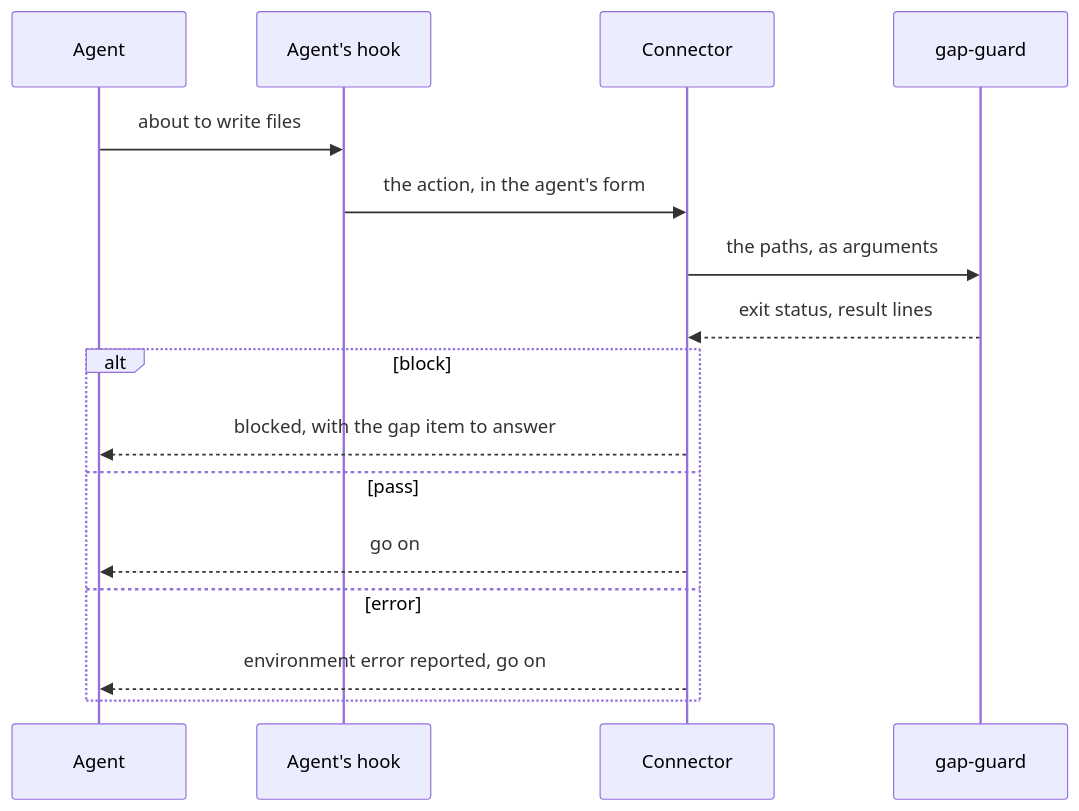
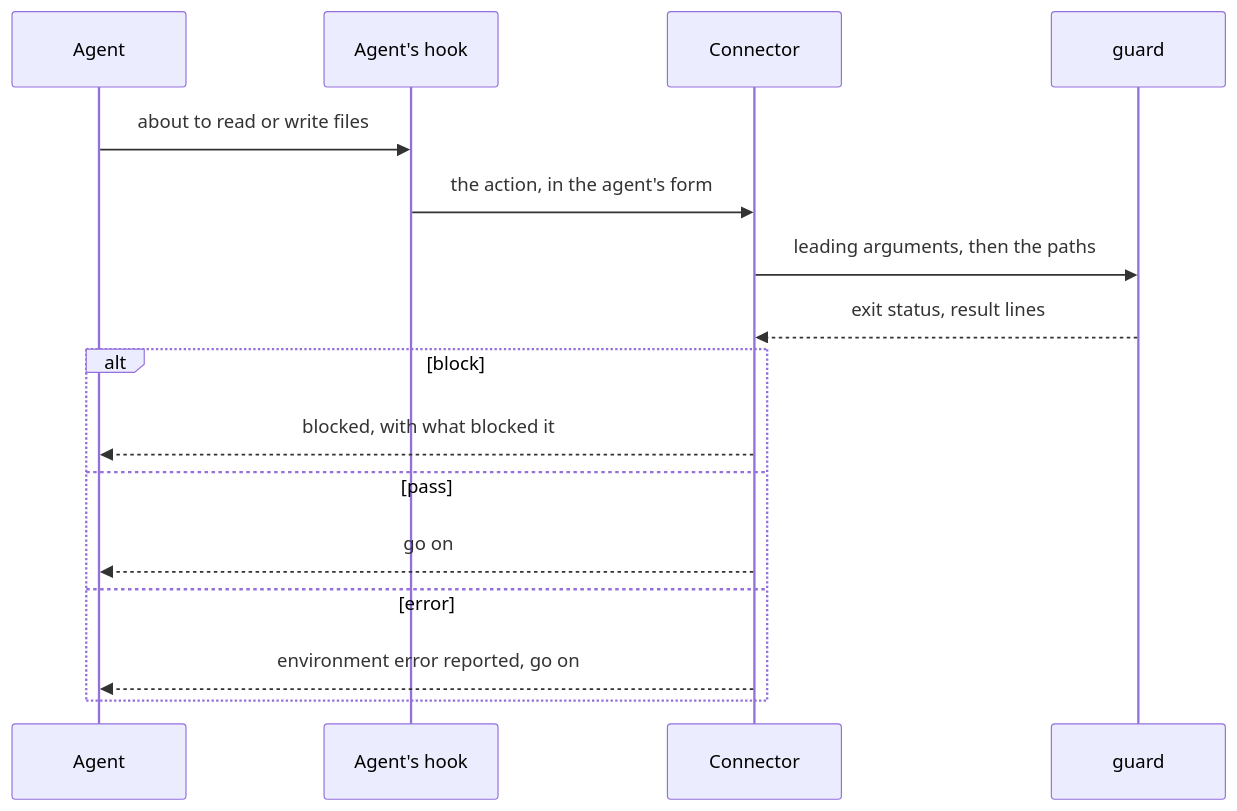
The first of 3 diagrams in docs/design/guards.md (jheun66/plumbline), drawn with Mermaid before and after one commit. The commit also changed other lines of this file and 14 other files, not shown here.

````diff
--- a/docs/design/guards.md
+++ b/docs/design/guards.md
@@ -61,18 +111,18 @@
 ```mermaid
 sequenceDiagram
   participant A as Agent
   participant H as Agent's hook
   participant C as Connector
-  participant G as gap-guard
-  A->>H: about to write files
+  participant G as guard
+  A->>H: about to read or write files
   H->>C: the action, in the agent's form
-  C->>G: the paths, as arguments
+  C->>G: leading arguments, then the paths
   G-->>C: exit status, result lines
   alt block
-    C-->>A: blocked, with the gap item to answer
+    C-->>A: blocked, with what blocked it
   else pass
     C-->>A: go on
   else error
     C-->>A: environment error reported, go on
   end
 ```
````
